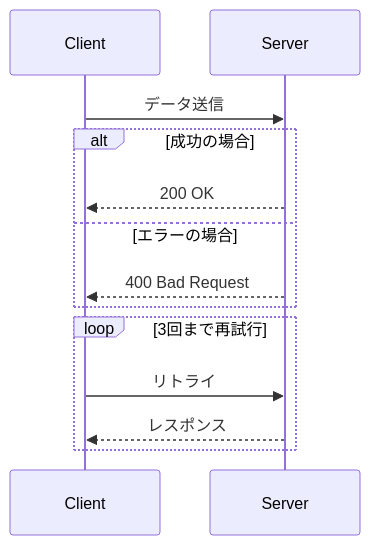
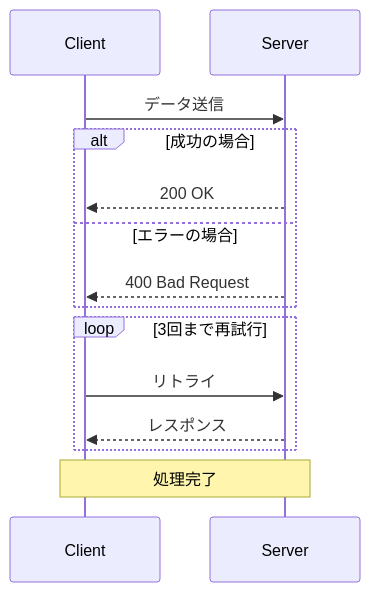
The sixth of 27 diagrams in README.md (TakayukiStar/workPR), drawn with Mermaid before and after one commit. The commit also changed other lines of this file, not shown here.

````diff
--- a/README.md
+++ b/README.md
@@ -159,18 +97,20 @@
 ```mermaid
 sequenceDiagram
     participant A as Client
     participant B as Server
     
     A->>B: データ送信
     
     alt 成功の場合
         B-->>A: 200 OK
     else エラーの場合
         B-->>A: 400 Bad Request
     end
     
     loop 3回まで再試行
         A->>B: リトライ
         B-->>A: レスポンス
     end
+    
+    Note over A,B: 処理完了
 ```
````
